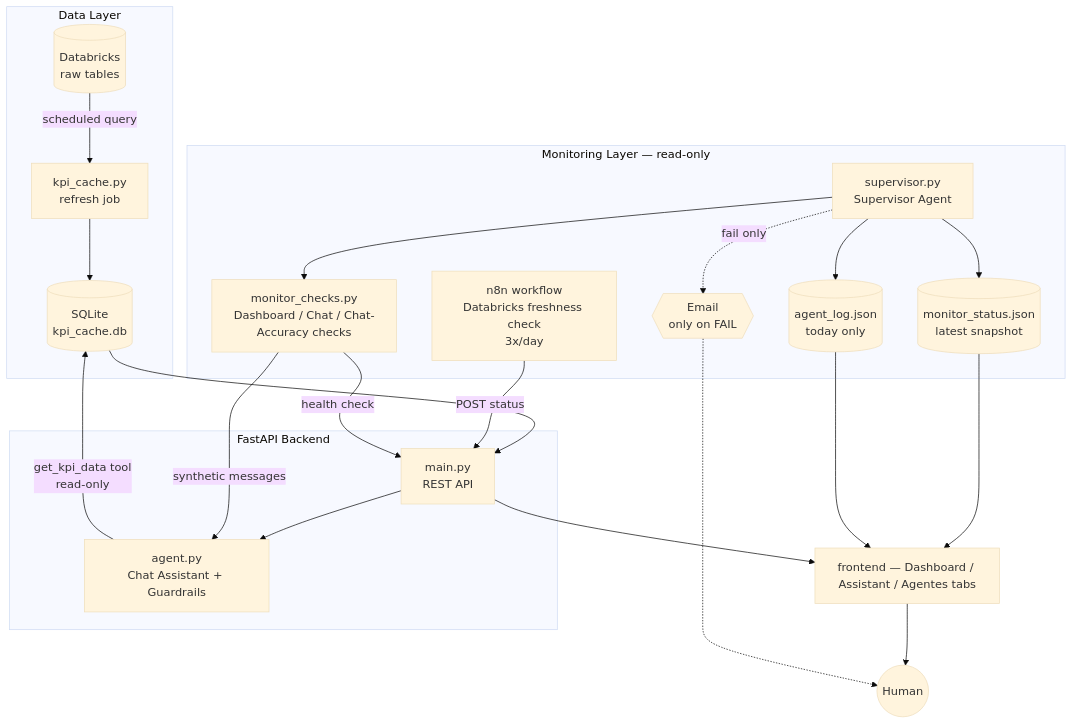
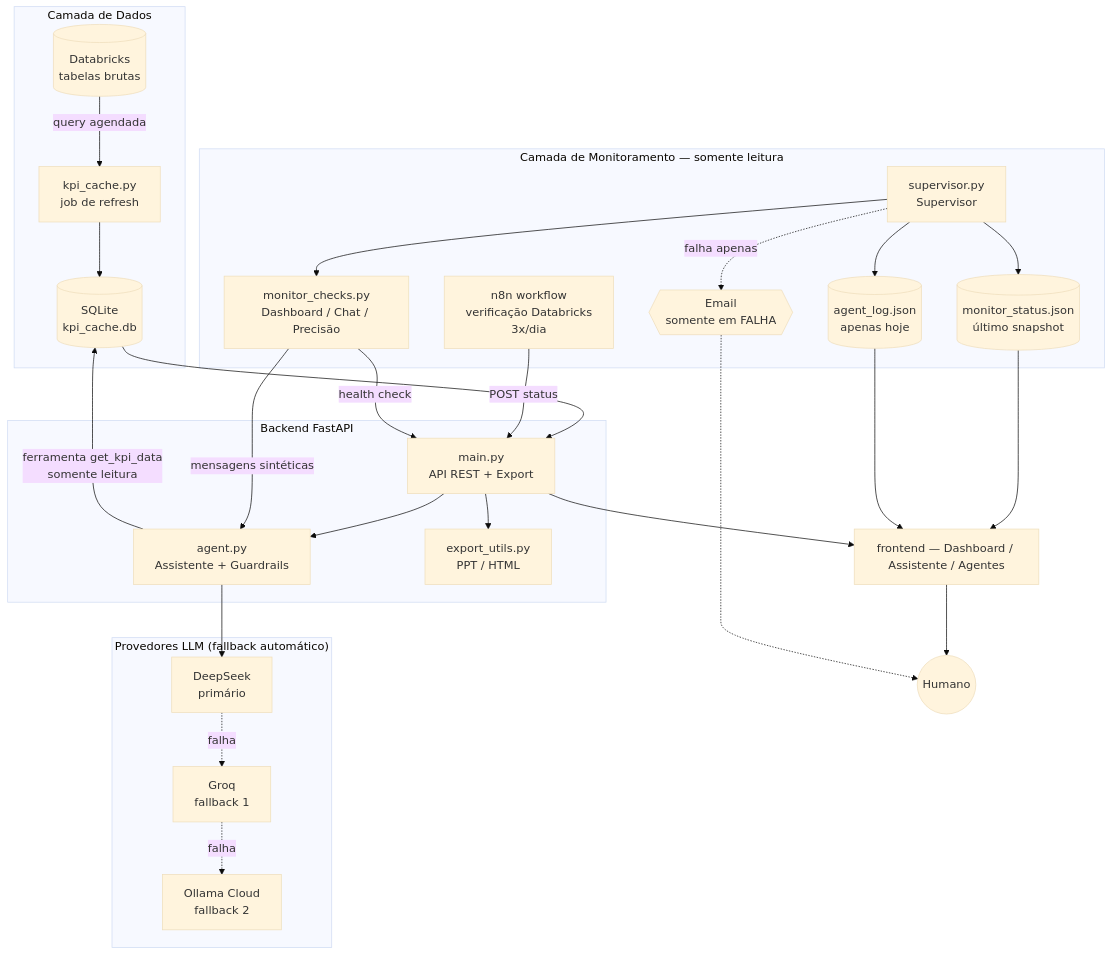
The diagram in README.md (costaalan/main-kpis-dashboard), drawn with Mermaid (base theme) before and after one commit. The commit also changed other lines of this file and 5 other files, not shown here.

````diff
--- a/README.md
+++ b/README.md
@@ -25,44 +38,56 @@
 ```mermaid
 flowchart TB
-    subgraph ingest["Data Layer"]
-        DBX[(Databricks<br/>raw tables)]
+    subgraph ingest["Camada de Dados"]
+        DBX[(Databricks<br/>tabelas brutas)]
         SQLITE[(SQLite<br/>kpi_cache.db)]
-        CACHE[kpi_cache.py<br/>refresh job]
-        DBX -->|scheduled query| CACHE --> SQLITE
+        CACHE[kpi_cache.py<br/>job de refresh]
+        DBX -->|query agendada| CACHE --> SQLITE
     end
 
-    subgraph api["FastAPI Backend"]
-        MAIN[main.py<br/>REST API]
-        AGENT[agent.py<br/>Chat Assistant + Guardrails]
+    subgraph api["Backend FastAPI"]
+        MAIN[main.py<br/>API REST + Export]
+        AGENT[agent.py<br/>Assistente + Guardrails]
+        EXPORT[export_utils.py<br/>PPT / HTML]
         MAIN --> AGENT
+        MAIN --> EXPORT
     end
 
     SQLITE --> MAIN
-    AGENT -->|get_kpi_data tool<br/>read-only| SQLITE
+    AGENT -->|ferramenta get_kpi_data<br/>somente leitura| SQLITE
 
-    subgraph monitor["Monitoring Layer — read-only"]
-        N8N[n8n workflow<br/>Databricks freshness check<br/>3x/day]
-        SUP[supervisor.py<br/>Supervisor Agent]
-        MC[monitor_checks.py<br/>Dashboard / Chat / Chat-Accuracy checks]
-        LOG[(agent_log.json<br/>today only)]
-        STATUS[(monitor_status.json<br/>latest snapshot)]
-        EMAIL{{Email<br/>only on FAIL}}
+    subgraph llm["Provedores LLM (fallback automático)"]
+        DS[DeepSeek<br/>primário]
+        GROQ[Groq<br/>fallback 1]
+        OLLAMA[Ollama Cloud<br/>fallback 2]
+    end
+
+    AGENT --> DS
+    DS -.falha.-> GROQ
+    GROQ -.falha.-> OLLAMA
+
+    subgraph monitor["Camada de Monitoramento — somente leitura"]
+        N8N[n8n workflow<br/>verificação Databricks<br/>3x/dia]
+        SUP[supervisor.py<br/>Supervisor]
+        MC[monitor_checks.py<br/>Dashboard / Chat / Precisão]
+        LOG[(agent_log.json<br/>apenas hoje)]
+        STATUS[(monitor_status.json<br/>último snapshot)]
+        EMAIL{{Email<br/>somente em FALHA}}
 
         N8N -->|POST status| MAIN
         SUP --> MC
-        MC -->|synthetic messages| AGENT
+        MC -->|mensagens sintéticas| AGENT
         MC -->|health check| MAIN
         SUP --> STATUS
         SUP --> LOG
-        SUP -.fail only.-> EMAIL
+        SUP -.falha apenas.-> EMAIL
     end
 
-    FRONT[frontend — Dashboard / Assistant / Agentes tabs]
+    FRONT[frontend — Dashboard / Assistente / Agentes]
     MAIN --> FRONT
     STATUS --> FRONT
     LOG --> FRONT
 
-    USER((Human))
+    USER((Humano))
     FRONT --> USER
     EMAIL -.-> USER
 ```
````
